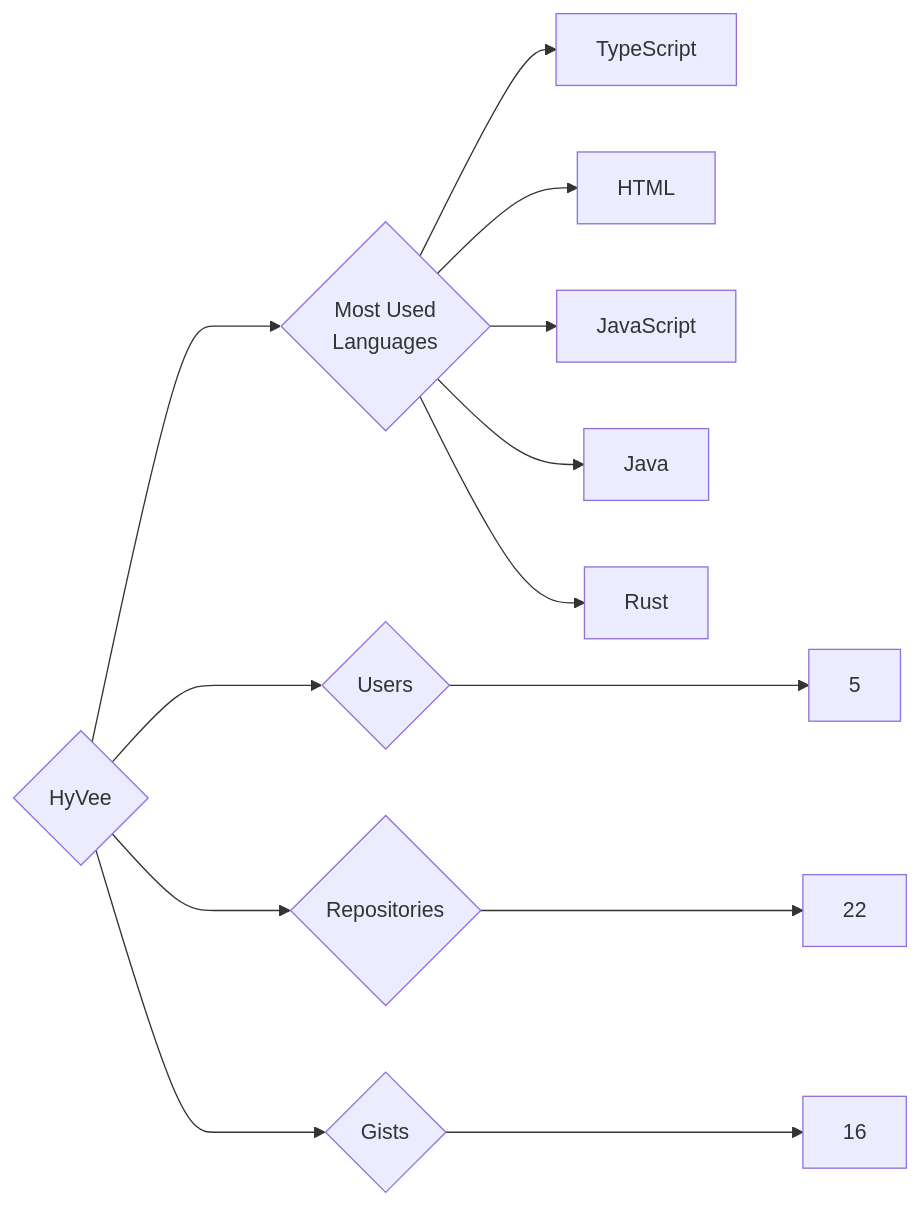
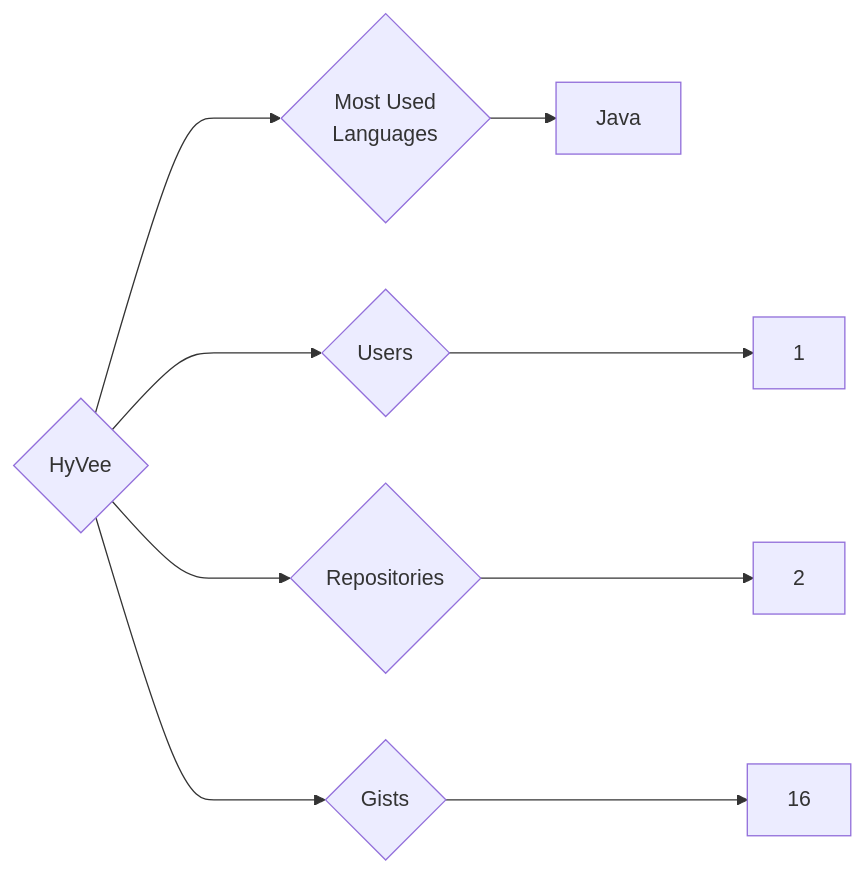
The diagram in targets/HyVee/README.md (trickest/insiders), drawn with Mermaid before and after one commit. The commit also changed 882 other files, not shown here.

````diff
--- a/targets/HyVee/README.md
+++ b/targets/HyVee/README.md
@@ -3,13 +3,9 @@
 ```mermaid
 graph LR
 COMPANY_NAME{HyVee}
-COMPANY_NAME ---> U{Users} ---> UN[5]
-COMPANY_NAME ---> R{Repositories} ---> RN[22]
+COMPANY_NAME ---> U{Users} ---> UN[1]
+COMPANY_NAME ---> R{Repositories} ---> RN[2]
 COMPANY_NAME ---> G{Gists} ---> GN[16]
 COMPANY_NAME ---> ML{Most Used<br>Languages}
-ML --> TypeScript[TypeScript]
-ML --> HTML[HTML]
-ML --> JavaScript[JavaScript]
 ML --> Java[Java]
-ML --> Rust[Rust]
 ```
````
